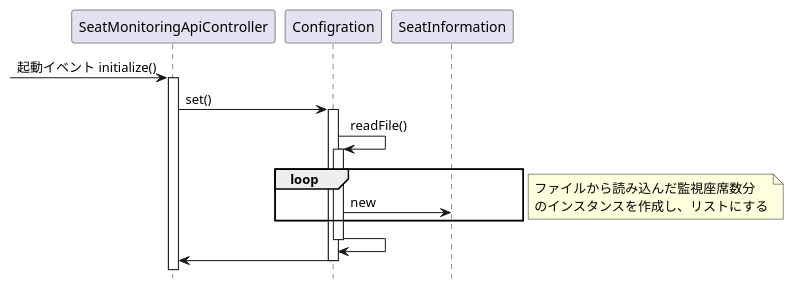
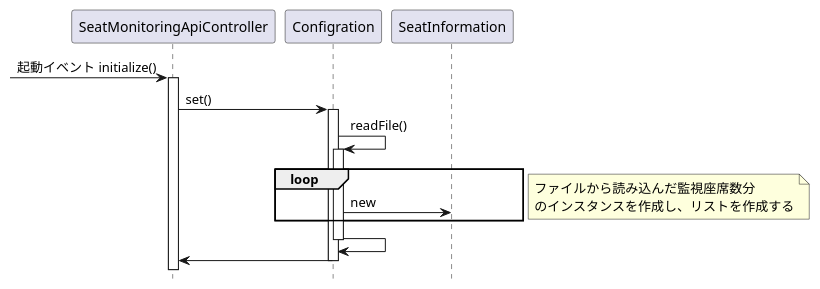
The diagram in doc/詳細設計/詳細設計書/構成図/SeatMonitoringAPI起動シーケンス図.pu (KeisukeSugita/Seat-monitoring-system), drawn with PlantUML before and after one commit. The commit also changed 2 other files, not shown here.

```diff
--- a/doc/詳細設計/詳細設計書/構成図/SeatMonitoringAPI起動シーケンス図.pu
+++ b/doc/詳細設計/詳細設計書/構成図/SeatMonitoringAPI起動シーケンス図.pu
@@ -1,28 +1,28 @@
 @startuml SeatMonitoringAPI起動シーケンス図
 hide footbox
 
 participant "SeatMonitoringApiController" as SeatMonitoringApiController
 participant "Configration" as Configration
 participant "SeatInformation" as SeatInformation
 
 -> SeatMonitoringApiController :起動イベント initialize()
 activate SeatMonitoringApiController
 SeatMonitoringApiController -> Configration : set()
 activate Configration
 Configration -> Configration :readFile()
 activate Configration
 
 loop
 	Configration -> SeatInformation :new
 end
 note right
 	ファイルから読み込んだ監視座席数分
-	のインスタンスを作成し、リストにする
+	のインスタンスを作成し、リストを作成する
 end note
 
 Configration -> Configration
 deactivate Configration
 SeatMonitoringApiController <- Configration
 deactivate Configration
 
 @enduml
```
